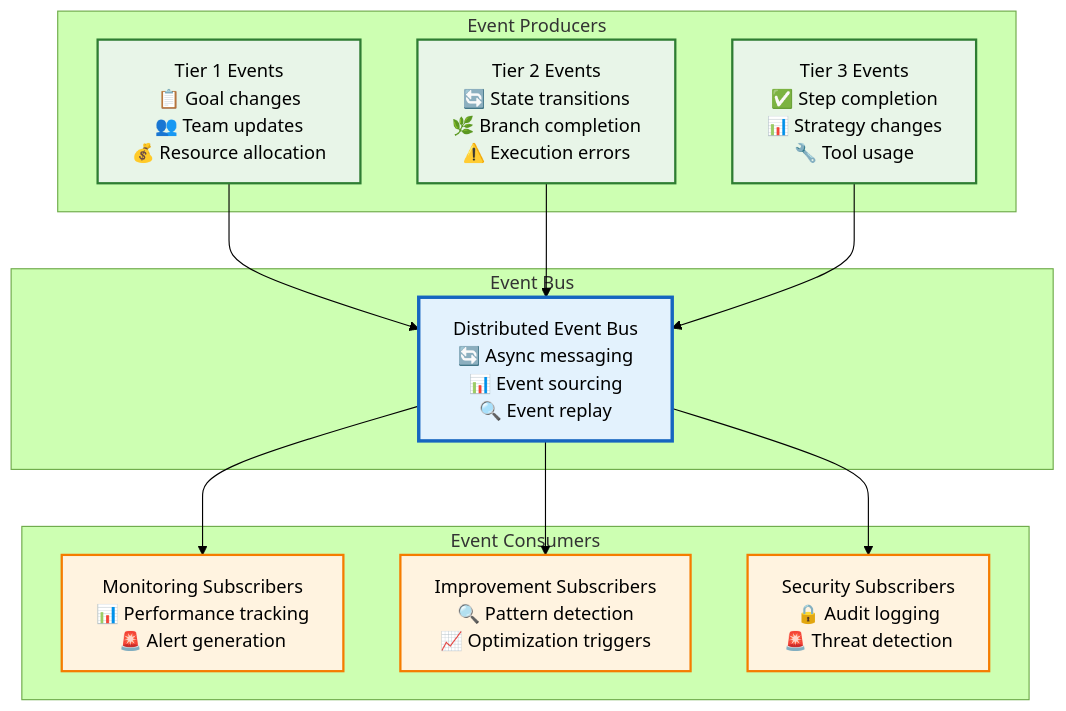
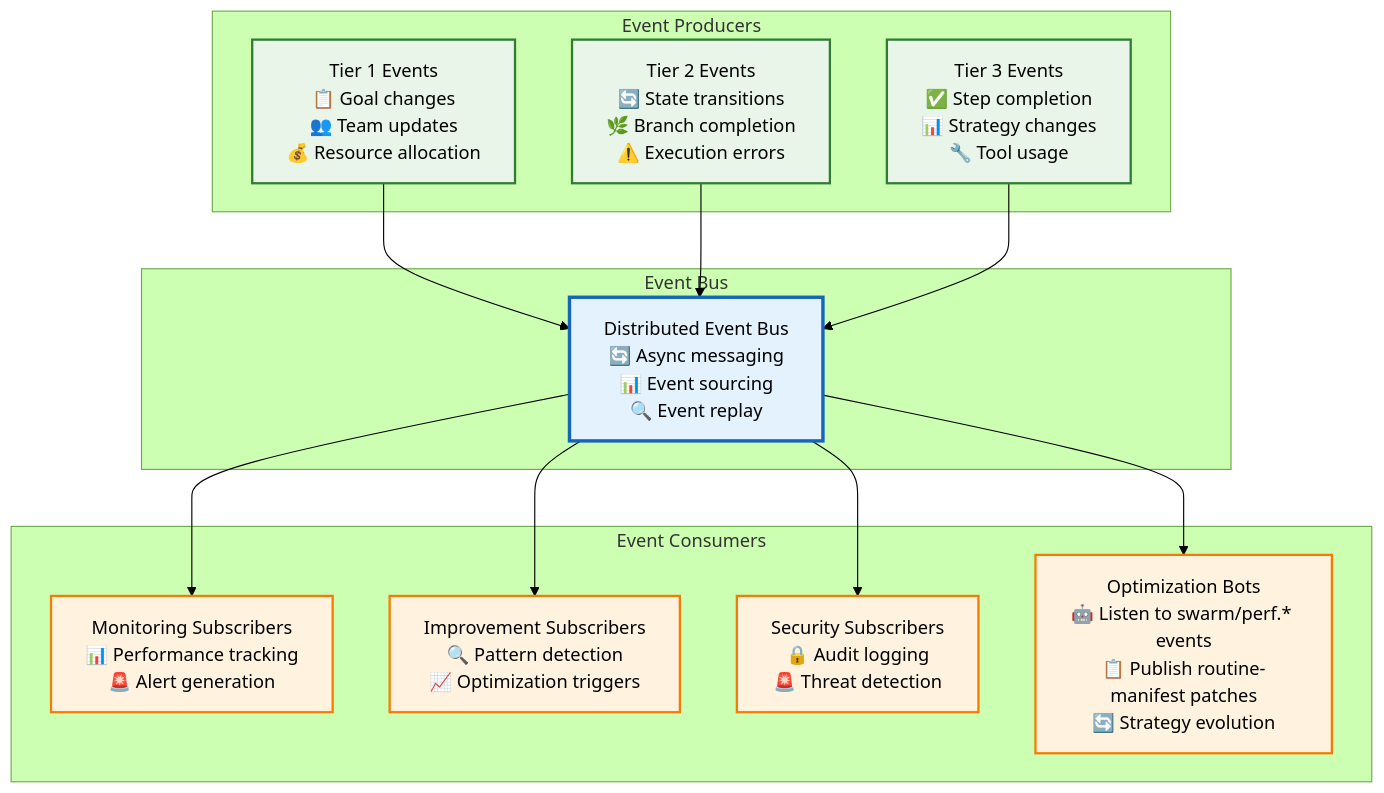
Before and after one commit to Vrooli/Vrooli: diagram 30 of 51 in docs/ai-execution-architecture.md, drawn with Mermaid (forest theme). The commit also changed other lines of this file, not shown here.

Commit message:
Execution architecture p7

````diff
--- a/docs/ai-execution-architecture.md
+++ b/docs/ai-execution-architecture.md
@@ -2114,34 +2011,37 @@
 ```mermaid
 graph TB
     subgraph "Event Bus"
         EventBus[Distributed Event Bus<br/>🔄 Async messaging<br/>📊 Event sourcing<br/>🔍 Event replay]
     end
     
     subgraph "Event Producers"
         T1Events[Tier 1 Events<br/>📋 Goal changes<br/>👥 Team updates<br/>💰 Resource allocation]
         T2Events[Tier 2 Events<br/>🔄 State transitions<br/>🌿 Branch completion<br/>⚠️ Execution errors]
         T3Events[Tier 3 Events<br/>✅ Step completion<br/>📊 Strategy changes<br/>🔧 Tool usage]
     end
     
     subgraph "Event Consumers"
         MonitoringSub[Monitoring Subscribers<br/>📊 Performance tracking<br/>🚨 Alert generation]
         ImprovementSub[Improvement Subscribers<br/>🔍 Pattern detection<br/>📈 Optimization triggers]
         SecuritySub[Security Subscribers<br/>🔒 Audit logging<br/>🚨 Threat detection]
+        OptimizationBots[Optimization Bots<br/>🤖 Listen to swarm/perf.* events<br/>📋 Publish routine-manifest patches<br/>🔄 Strategy evolution]
     end
     
     T1Events --> EventBus
     T2Events --> EventBus
     T3Events --> EventBus
     
+    
     EventBus --> MonitoringSub
     EventBus --> ImprovementSub
     EventBus --> SecuritySub
+    EventBus --> OptimizationBots
     
     classDef eventBus fill:#e3f2fd,stroke:#1565c0,stroke-width:3px
     classDef producers fill:#e8f5e8,stroke:#2e7d32,stroke-width:2px
     classDef consumers fill:#fff3e0,stroke:#f57c00,stroke-width:2px
     
     class EventBus eventBus
     class T1Events,T2Events,T3Events producers
-    class MonitoringSub,ImprovementSub,SecuritySub consumers
+    class MonitoringSub,ImprovementSub,SecuritySub,OptimizationBots consumers
 ```
````
